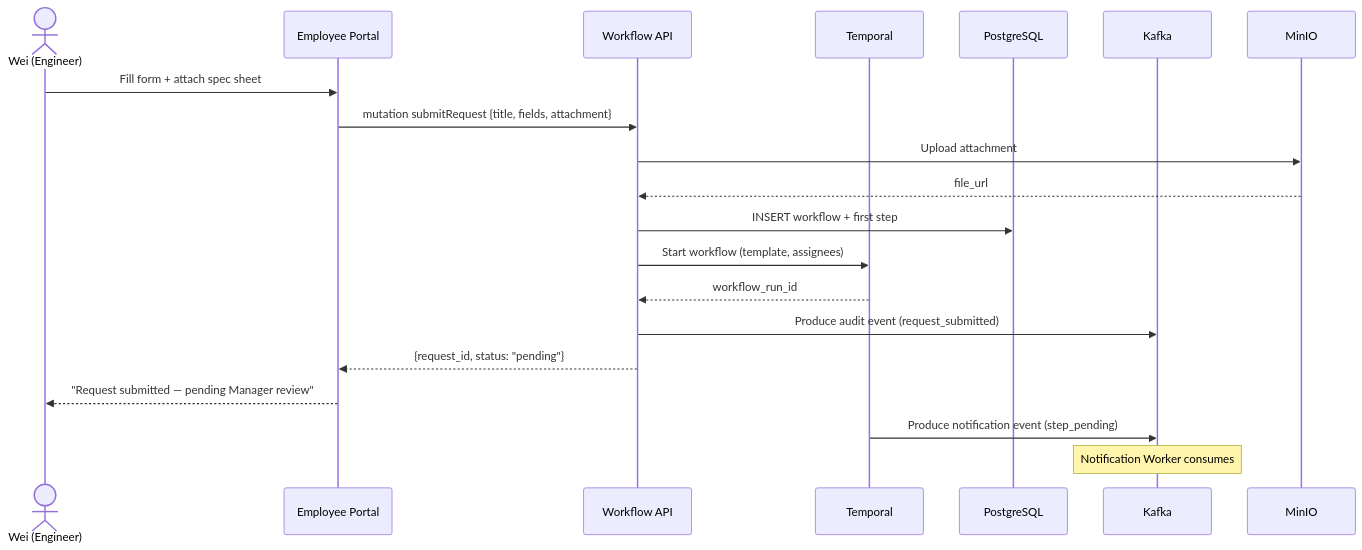
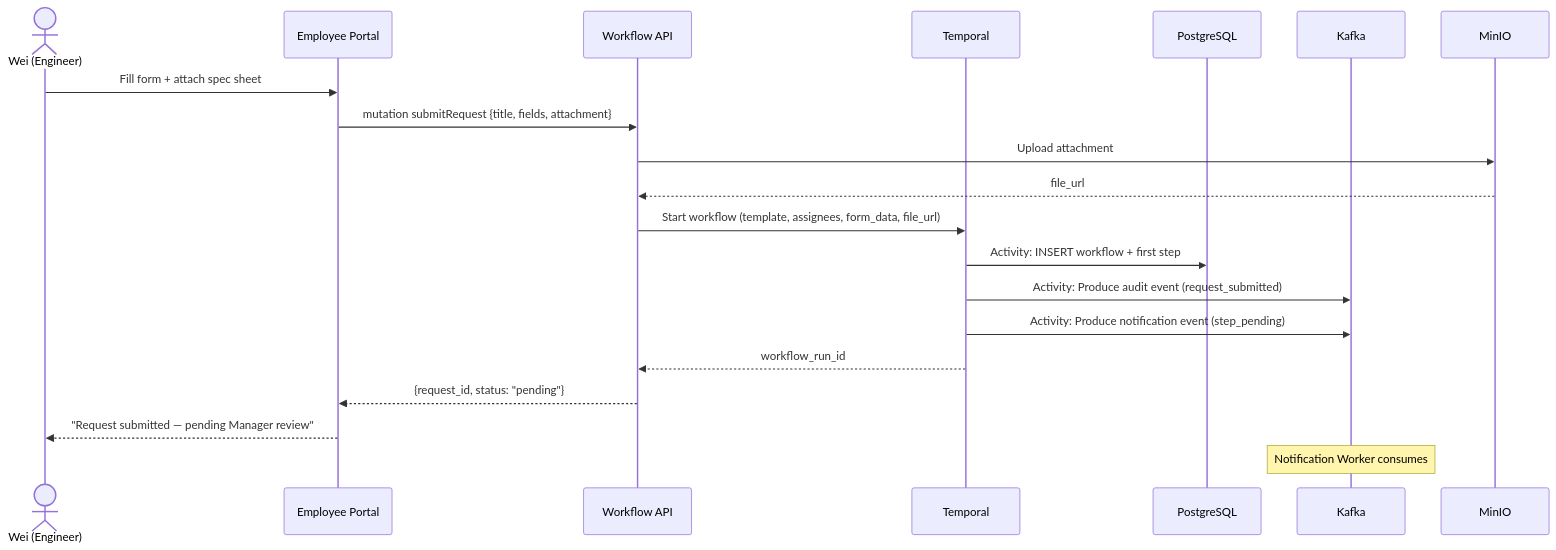
The fifth of 10 diagrams in enterprise_workflow_system/docs/system_architecture.md (Eyolf6Coyote7/Eyolf6Coyote7), drawn with Mermaid before and after one commit. The commit also changed other lines of this file, not shown here.

Commit message:
🎨style#47: apply Gemini review — align sequence diagrams with CQRS write path
- Submit flow: Temporal activities do INSERT + Kafka produce (not API directly)
- Escalation flow: Temporal activity does UPDATE (not API → PG directly)
- All write operations now consistently go through Temporal activities

Addresses Gemini review on PR #74
Ref #47

````diff
--- a/enterprise_workflow_system/docs/system_architecture.md
+++ b/enterprise_workflow_system/docs/system_architecture.md
@@ -156,24 +156,24 @@
 ```mermaid
 sequenceDiagram
   actor Wei as Wei (Engineer)
   participant Portal as Employee Portal
   participant API as Workflow API
   participant TMP as Temporal
   participant PG as PostgreSQL
   participant KF as Kafka
   participant MIO as MinIO
 
   Wei->>Portal: Fill form + attach spec sheet
   Portal->>API: mutation submitRequest {title, fields, attachment}
   API->>MIO: Upload attachment
   MIO-->>API: file_url
-  API->>PG: INSERT workflow + first step
-  API->>TMP: Start workflow (template, assignees)
+  API->>TMP: Start workflow (template, assignees, form_data, file_url)
+  TMP->>PG: Activity: INSERT workflow + first step
+  TMP->>KF: Activity: Produce audit event (request_submitted)
+  TMP->>KF: Activity: Produce notification event (step_pending)
   TMP-->>API: workflow_run_id
-  API->>KF: Produce audit event (request_submitted)
   API-->>Portal: {request_id, status: "pending"}
   Portal-->>Wei: "Request submitted — pending Manager review"
-  
-  TMP->>KF: Produce notification event (step_pending)
+
   Note over KF: Notification Worker consumes
 ```
````
